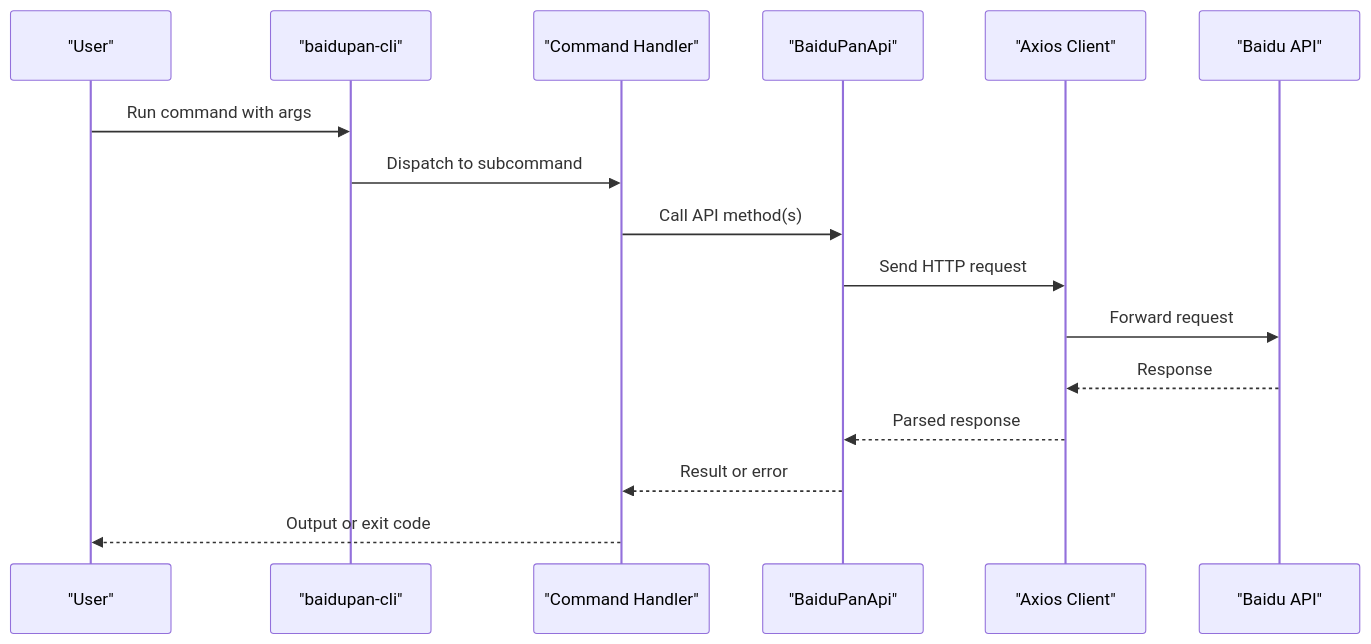
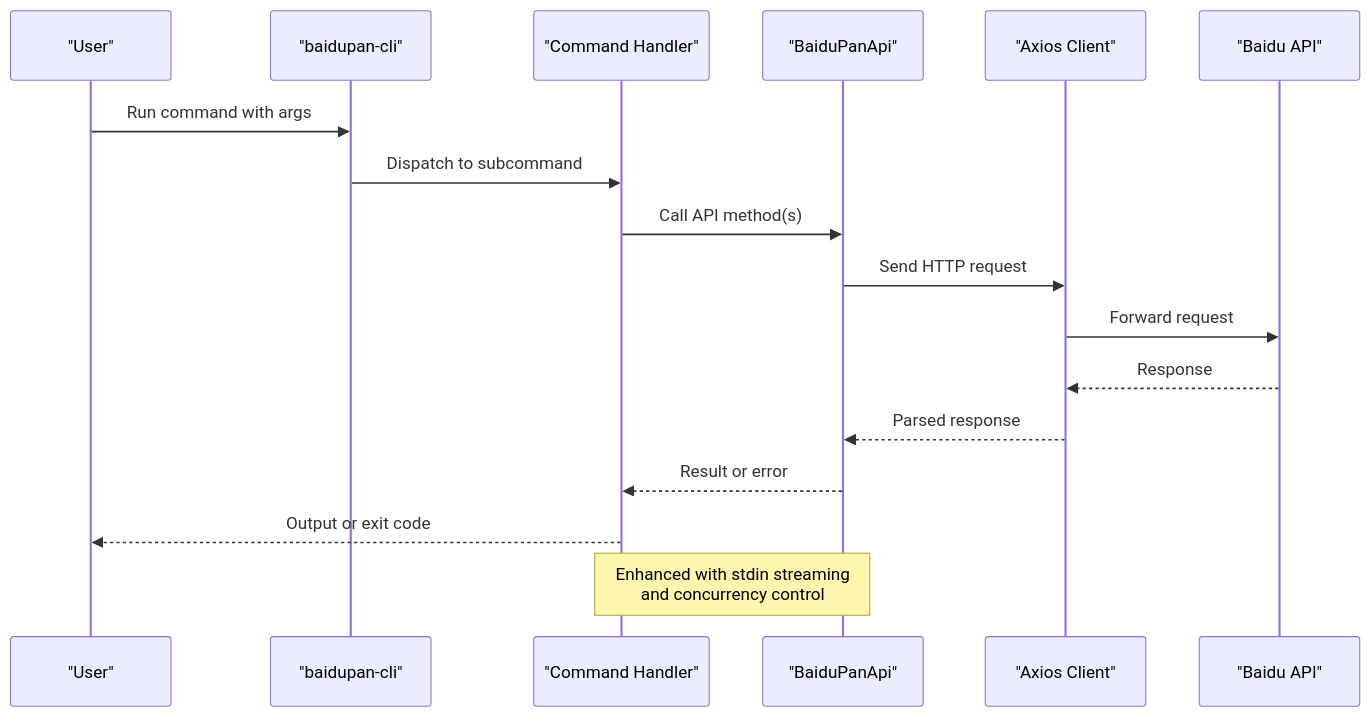
Before and after one commit to yuexiaoliang/baiduwangpan-manager: the second of 3 diagrams in .qoder/repowiki/en/content/Command Reference/Command Reference.md, drawn with Mermaid. The commit also changed other lines of this file and 30 other files, not shown here.

````diff
--- a/.qoder/repowiki/en/content/Command Reference/Command Reference.md
+++ b/.qoder/repowiki/en/content/Command Reference/Command Reference.md
@@ -89,18 +105,19 @@
 ```mermaid
 sequenceDiagram
 participant User as "User"
 participant CLI as "baidupan-cli"
 participant Cmd as "Command Handler"
 participant API as "BaiduPanApi"
 participant HTTP as "Axios Client"
 participant Baidu as "Baidu API"
 User->>CLI : Run command with args
 CLI->>Cmd : Dispatch to subcommand
 Cmd->>API : Call API method(s)
 API->>HTTP : Send HTTP request
 HTTP->>Baidu : Forward request
 Baidu-->>HTTP : Response
 HTTP-->>API : Parsed response
 API-->>Cmd : Result or error
 Cmd-->>User : Output or exit code
+Note over Cmd,API : Enhanced with stdin streaming<br/>and concurrency control
 ```
````
